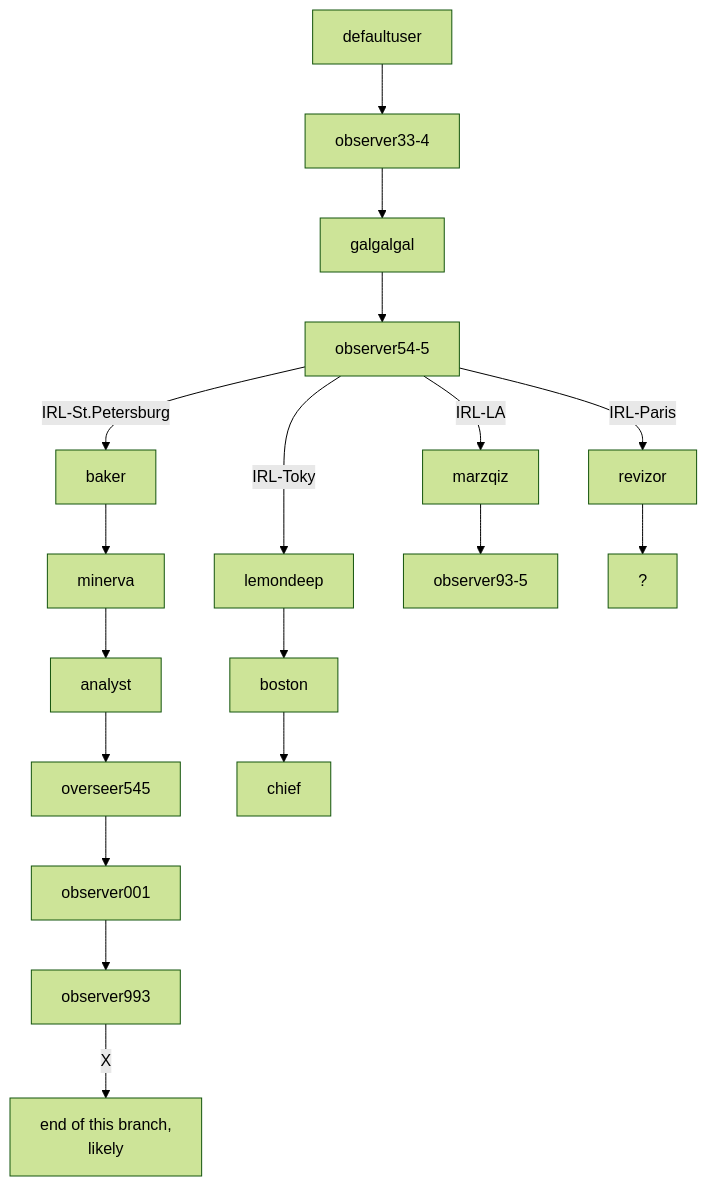
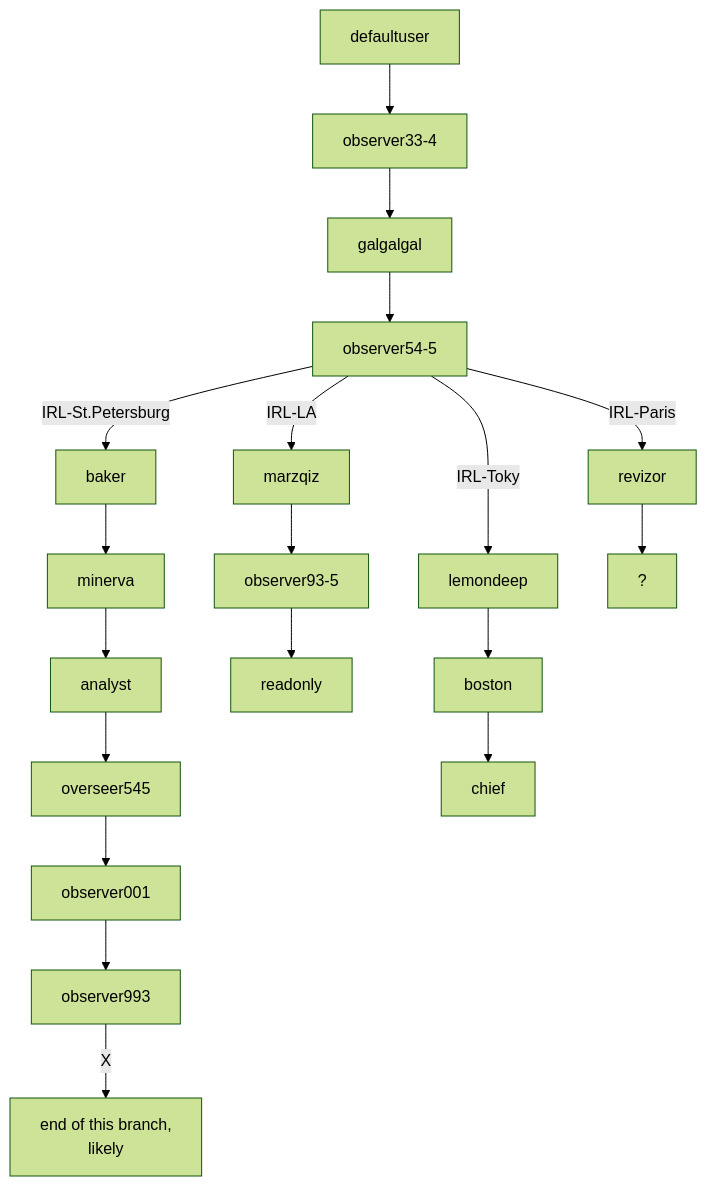
Before and after one commit to Philsie/ARRS-documentation: the diagram in README.md, drawn with Mermaid (forest theme). The commit also changed other lines of this file, not shown here.

Commit message:
add new account - readonly

````diff
--- a/README.md
+++ b/README.md
@@ -24,20 +25,21 @@
 ```mermaid
 graph TD;
     defaultuser-->observer33-4;
     observer33-4-->galgalgal;
     galgalgal-->observer54-5;
     observer54-5--IRL-Paris-->revizor;
     observer54-5--IRL-LA-->marzqiz;
     observer54-5--IRL-St.Petersburg-->baker;
     observer54-5--IRL-Tokyo-->lemondeep;
     baker-->minerva;
     minerva-->analyst;
     analyst-->overseer545;
     overseer545-->observer001;
     observer001-->observer993;
-    observer993--X-->russiaEnd["end of this branch,\n likely"]
+    observer993--X-->russiaEnd["end of this branch,\n likely"];
     marzqiz-->observer93-5;
+    observer93-5-->readonly;
     revizor-->?;
     lemondeep-->boston;
     boston-->chief;
 ```
````
